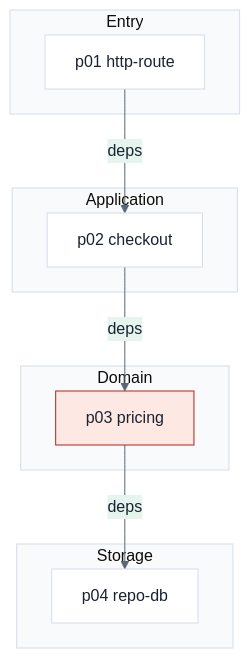
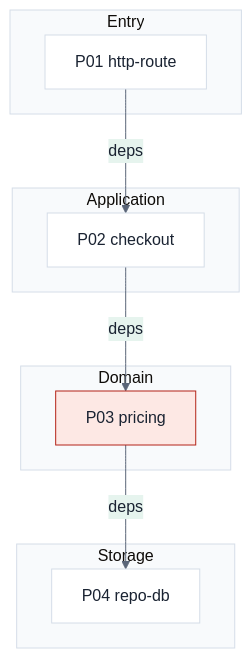
Before and after one commit to openqa-cn/codexqa: the first of 3 diagrams in skills/codexqa-code-wiki/references/diagrams.md, drawn with Mermaid. The commit also changed other lines of this file and 3 other files, not shown here.

````diff
--- a/skills/codexqa-code-wiki/references/diagrams.md
+++ b/skills/codexqa-code-wiki/references/diagrams.md
@@ -57,23 +57,23 @@
 ```mermaid
 %%{init: {'theme':'base','themeVariables':{'background':'#f0f3f6','primaryColor':'#ffffff','primaryTextColor':'#1a2332','primaryBorderColor':'#d5dde8','lineColor':'#5a6578','secondaryColor':'#e6f4ee','tertiaryColor':'#f0f3f6','clusterBkg':'#f8fafc','clusterBorder':'#d5dde8','fontFamily':'Segoe UI,PingFang SC,sans-serif'}}}%%
 flowchart TB
   subgraph entry["Entry"]
-    P01["p01 http-route"]
+    P01["P01 http-route"]
   end
   subgraph app["Application"]
-    P02["p02 checkout"]
+    P02["P02 checkout"]
   end
   subgraph domain["Domain"]
-    P03["p03 pricing"]
+    P03["P03 pricing"]
   end
   subgraph store["Storage"]
-    P04["p04 repo-db"]
+    P04["P04 repo-db"]
   end
   P01 -->|deps| P02
   P02 -->|deps| P03
   P03 -->|deps| P04
 classDef add fill:#e6f4ee,stroke:#0f6b4c,color:#1a2332
 classDef change fill:#ffedd5,stroke:#c2410c,color:#1a2332
 classDef risk fill:#fde8e4,stroke:#b42318,color:#1a2332
   class P03 risk
 ```
````
